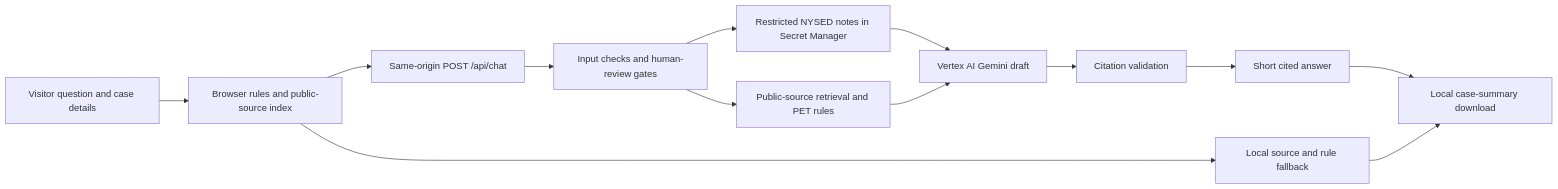
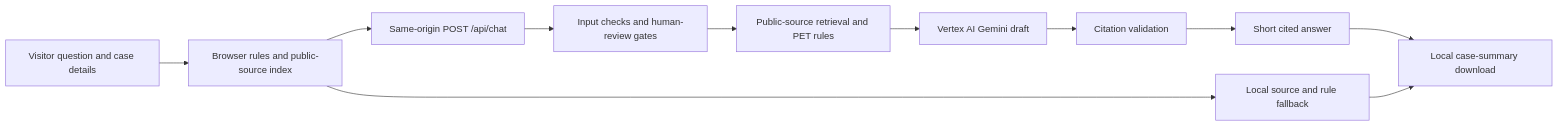
One commit to georgetown-mdi-gates4/pets_model changed the diagram in docs/ARCHITECTURE.md. Above: the diagram before and after it, drawn with Mermaid. The commit also changed other lines of this file and 11 other files, not shown here.

Commit message:
Keep NYSED notes local and hosted retrieval public-only

````diff
--- a/docs/ARCHITECTURE.md
+++ b/docs/ARCHITECTURE.md
@@ -3,15 +3,13 @@
 ```mermaid
 flowchart LR
   A[Visitor question and case details] --> B[Browser rules and public-source index]
   B --> C[Same-origin POST /api/chat]
   C --> D[Input checks and human-review gates]
   D --> E[Public-source retrieval and PET rules]
-  D --> K[Restricted NYSED notes in Secret Manager]
-  K --> F
   E --> F[Vertex AI Gemini draft]
   F --> G[Citation validation]
   G --> H[Short cited answer]
   B --> I[Local source and rule fallback]
   H --> J[Local case-summary download]
   I --> J
 ```
````
